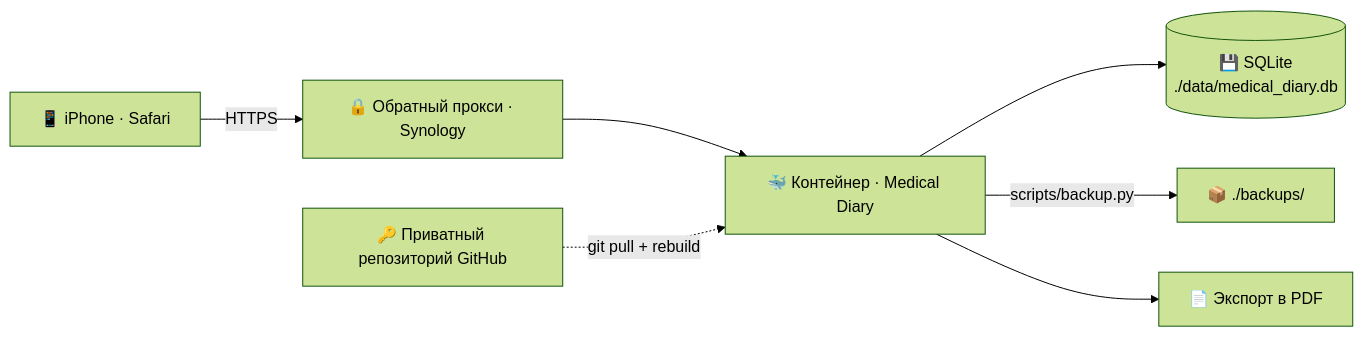
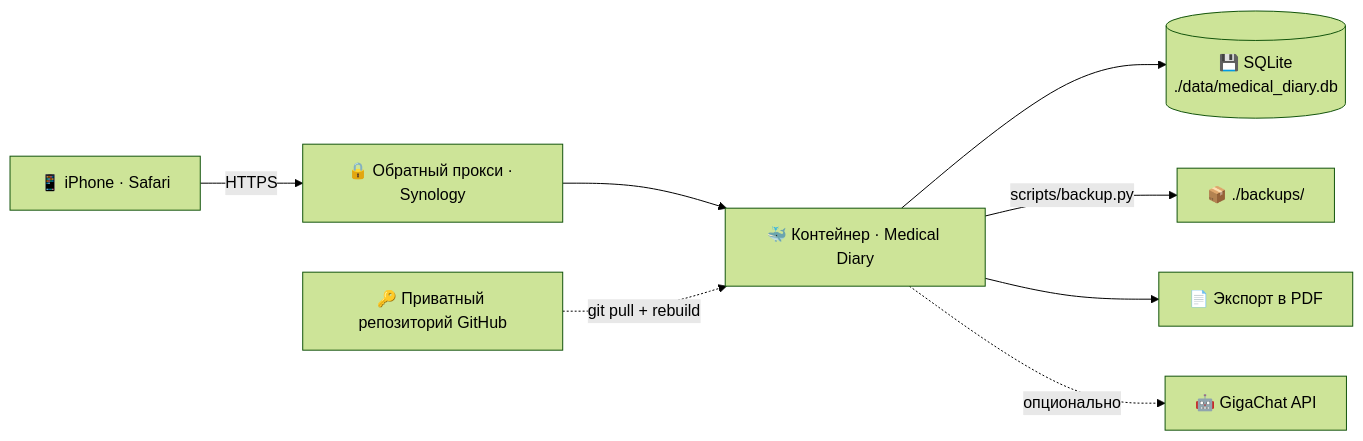
One commit to ceshbox-code/medical_diary changed the diagram in README.md. Above: the diagram before and after it, drawn with Mermaid (forest theme). The commit also changed other lines of this file, not shown here.

````diff
--- a/README.md
+++ b/README.md
@@ -65,9 +87,10 @@
 ```mermaid
 flowchart LR
     A["📱 iPhone · Safari"] -->|HTTPS| B["🔒 Обратный прокси · Synology"]
     B --> C["🐳 Контейнер · Medical Diary"]
     C --> D[("💾 SQLite<br/>./data/medical_diary.db")]
     C -->|scripts/backup.py| E["📦 ./backups/"]
     C --> F["📄 Экспорт в PDF"]
+    C -.->|опционально| H["🤖 GigaChat API"]
     G["🔑 Приватный репозиторий GitHub"] -.->|git pull + rebuild| C
 ```
````
